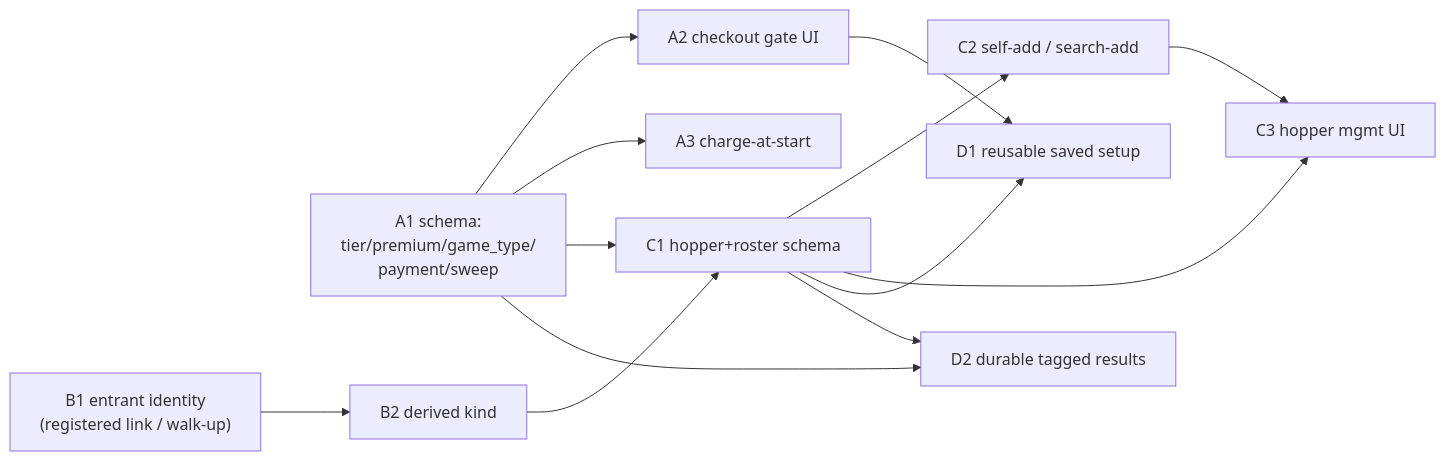
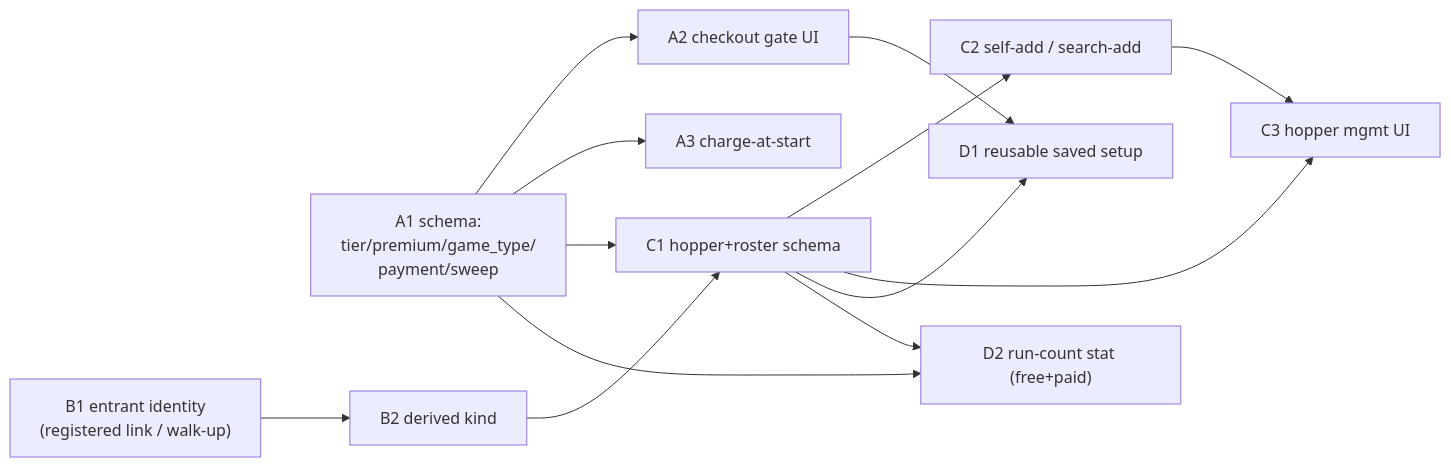
The second of 2 diagrams in docs/plans/2026-09-04-001-feat-tournament-paid-foundation-plan.md (jacked-apps/rackem-leagues), drawn with Mermaid before and after one commit. The commit also changed other lines of this file, not shown here.

````diff
--- a/docs/plans/2026-09-04-001-feat-tournament-paid-foundation-plan.md
+++ b/docs/plans/2026-09-04-001-feat-tournament-paid-foundation-plan.md
@@ -322,15 +340,15 @@
 ```mermaid
 flowchart LR
     A1["A1 schema:<br/>tier/premium/game_type/<br/>payment/sweep"] --> A2["A2 checkout gate UI"]
     A1 --> A3["A3 charge-at-start"]
     B1["B1 entrant identity<br/>(registered link / walk-up)"] --> B2["B2 derived kind"]
     A1 --> C1["C1 hopper+roster schema"]
     B2 --> C1
     C1 --> C2["C2 self-add / search-add"]
     C1 --> C3["C3 hopper mgmt UI"]
     C2 --> C3
     A2 --> D1["D1 reusable saved setup"]
     C1 --> D1
-    A1 --> D2["D2 durable tagged results"]
+    A1 --> D2["D2 run-count stat (free+paid)"]
     C1 --> D2
 ```
````
